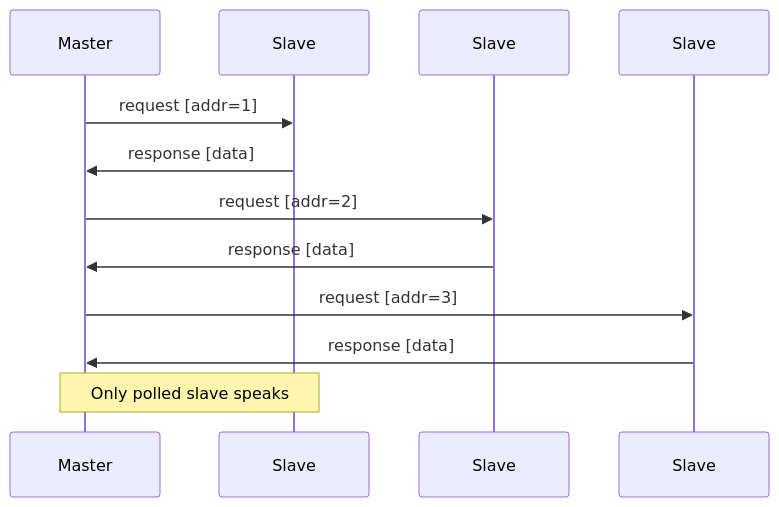
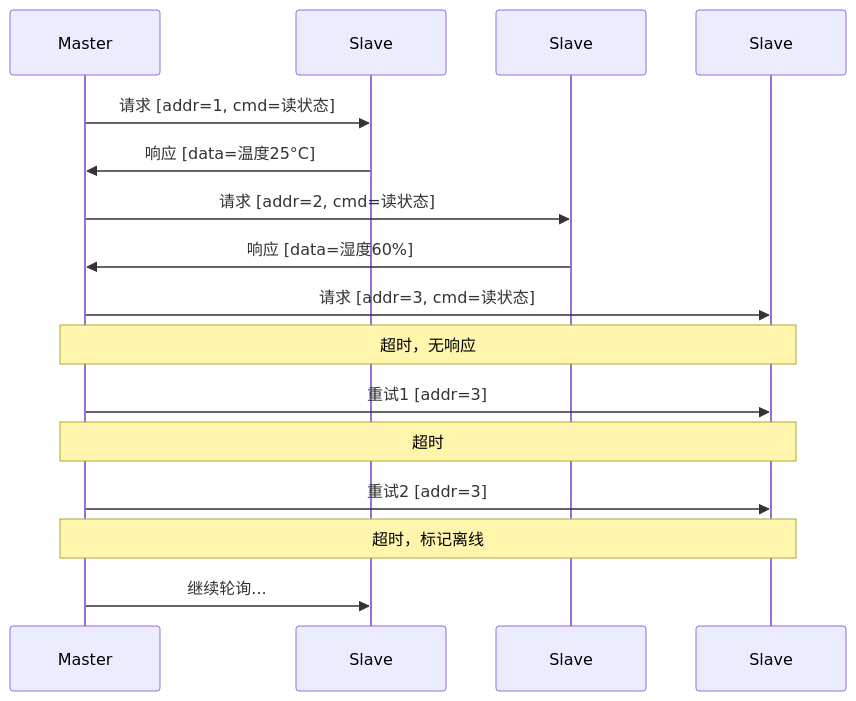
The first of 2 diagrams in doc/interview_prep/RS485详解.md (dswcpp/resume-system), drawn with Mermaid before and after one commit. The commit also changed other lines of this file and 24 other files, not shown here.

````diff
--- a/doc/interview_prep/RS485详解.md
+++ b/doc/interview_prep/RS485详解.md
@@ -25,14 +402,24 @@
 ```mermaid
 sequenceDiagram
     participant M as Master
     participant S1 as Slave#1
     participant S2 as Slave#2
     participant S3 as Slave#3
-    M->>S1: request [addr=1]
-    S1->>M: response [data]
-    M->>S2: request [addr=2]
-    S2->>M: response [data]
-    M->>S3: request [addr=3]
-    S3->>M: response [data]
-    Note over M,S1: Only polled slave speaks
+    
+    M->>S1: 请求 [addr=1, cmd=读状态]
+    S1->>M: 响应 [data=温度25°C]
+    
+    M->>S2: 请求 [addr=2, cmd=读状态]
+    S2->>M: 响应 [data=湿度60%]
+    
+    M->>S3: 请求 [addr=3, cmd=读状态]
+    Note over M,S3: 超时，无响应
+    
+    M->>S3: 重试1 [addr=3]
+    Note over M,S3: 超时
+    
+    M->>S3: 重试2 [addr=3]
+    Note over M,S3: 超时，标记离线
+    
+    M->>S1: 继续轮询...
 ```
````
